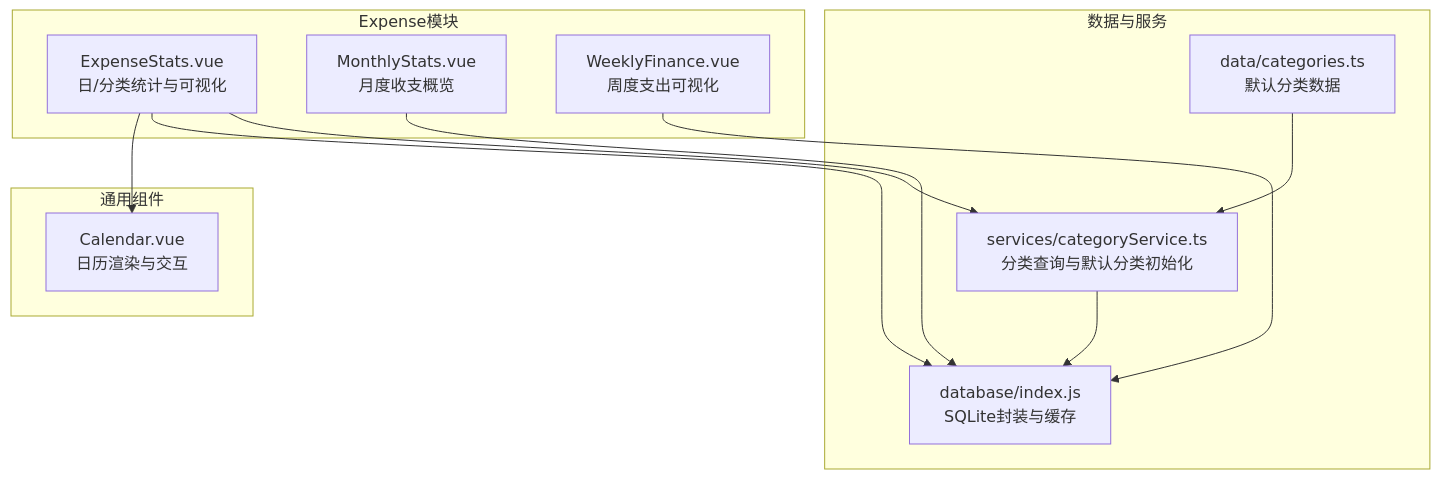
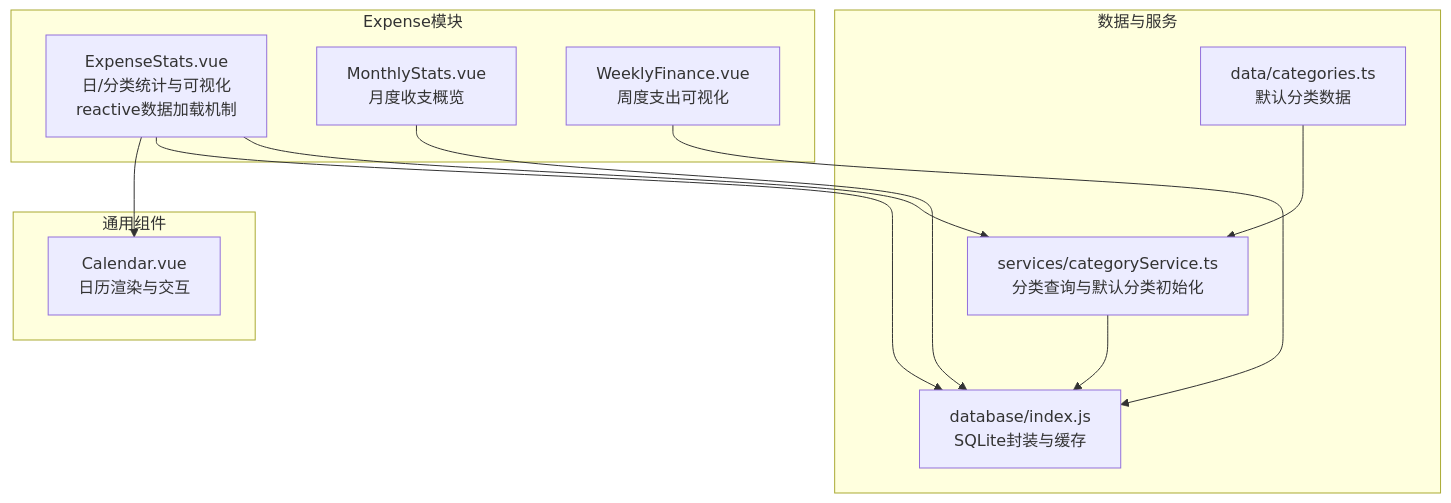
The first of 7 diagrams in .qoder/repowiki/zh/content/支出管理/支出统计分析.md (xiao-lin-unit/yuan), drawn with Mermaid before and after one commit. The commit also changed other lines of this file and 9 other files, not shown here.

````diff
--- a/.qoder/repowiki/zh/content/支出管理/支出统计分析.md
+++ b/.qoder/repowiki/zh/content/支出管理/支出统计分析.md
@@ -38,23 +45,23 @@
 ```mermaid
 graph TB
 subgraph "Expense模块"
-ES["ExpenseStats.vue<br/>日/分类统计与可视化"]
+ES["ExpenseStats.vue<br/>日/分类统计与可视化<br/>reactive数据加载机制"]
 MS["MonthlyStats.vue<br/>月度收支概览"]
 WF["WeeklyFinance.vue<br/>周度支出可视化"]
 end
 subgraph "通用组件"
 CAL["Calendar.vue<br/>日历渲染与交互"]
 end
 subgraph "数据与服务"
 DB["database/index.js<br/>SQLite封装与缓存"]
 CS["services/categoryService.ts<br/>分类查询与默认分类初始化"]
 CAT["data/categories.ts<br/>默认分类数据"]
 end
 ES --> CAL
 ES --> DB
 ES --> CS
 MS --> DB
 WF --> DB
 CS --> DB
 CAT --> CS
 ```
````
